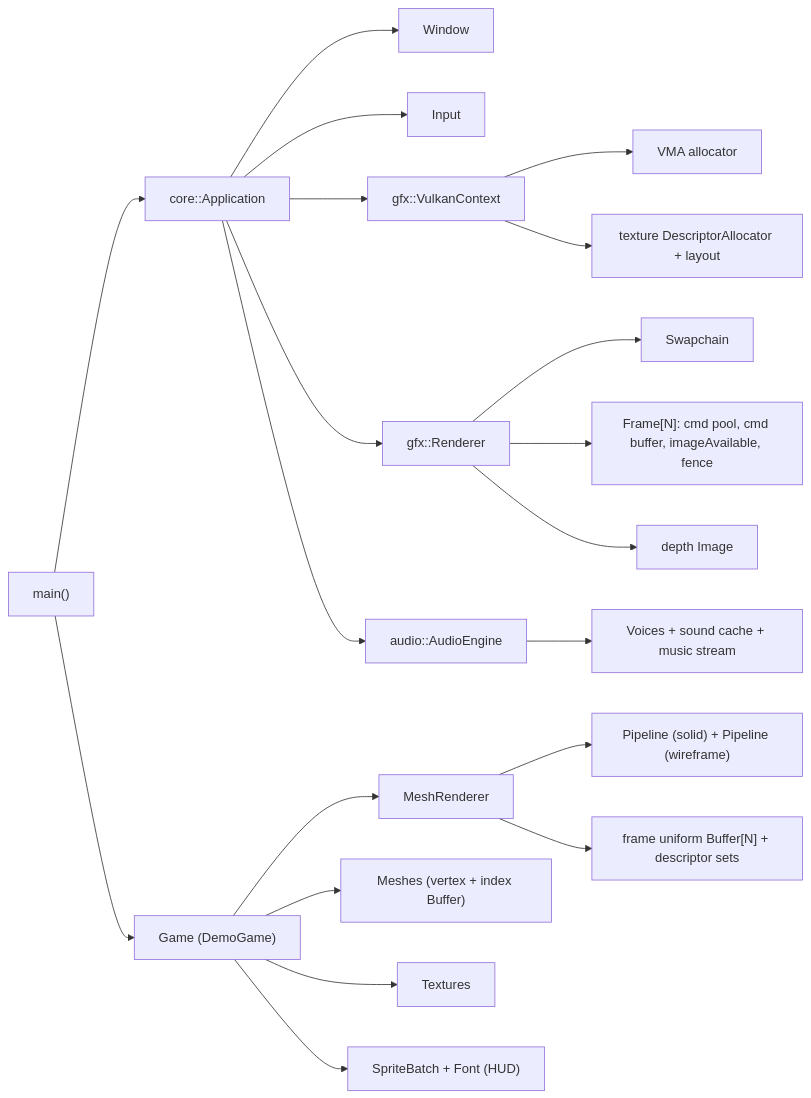
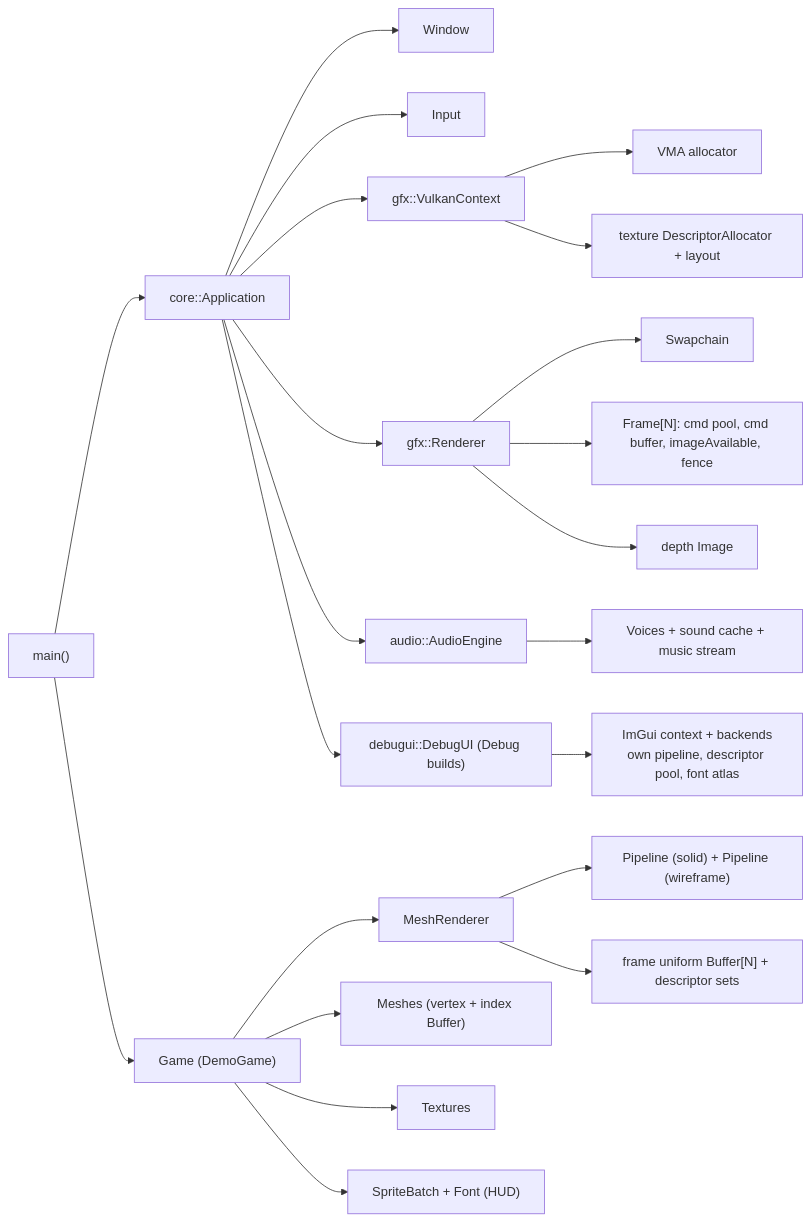
Before and after one commit to Chuck5ta/3DBaseFramework: the fourth of 10 diagrams in docs/ARCHITECTURE.md, drawn with Mermaid. The commit also changed other lines of this file and 12 other files, not shown here.

````diff
--- a/docs/ARCHITECTURE.md
+++ b/docs/ARCHITECTURE.md
@@ -313,22 +377,24 @@
 ```mermaid
 flowchart LR
     main["main()"] --> app["core::Application"]
     main --> g["Game (DemoGame)"]
     app --> win["Window"]
     app --> inp["Input"]
     app --> ctx["gfx::VulkanContext"]
     app --> ren["gfx::Renderer"]
     app --> aud["audio::AudioEngine"]
+    app --> dbg["debugui::DebugUI (Debug builds)"]
+    dbg --> imgui["ImGui context + backends<br/>own pipeline, descriptor pool, font atlas"]
     aud --> voices["Voices + sound cache + music stream"]
     ren --> sc["Swapchain"]
     ren --> fr["Frame[N]: cmd pool, cmd buffer, imageAvailable, fence"]
     ctx --> vma["VMA allocator"]
     ctx --> tds["texture DescriptorAllocator + layout"]
     ren --> depth["depth Image"]
     g --> mr["MeshRenderer"]
     g --> meshes["Meshes (vertex + index Buffer)"]
     g --> tex["Textures"]
     g --> hud["SpriteBatch + Font (HUD)"]
     mr --> pipe["Pipeline (solid) + Pipeline (wireframe)"]
     mr --> ubo["frame uniform Buffer[N] + descriptor sets"]
 ```
````
